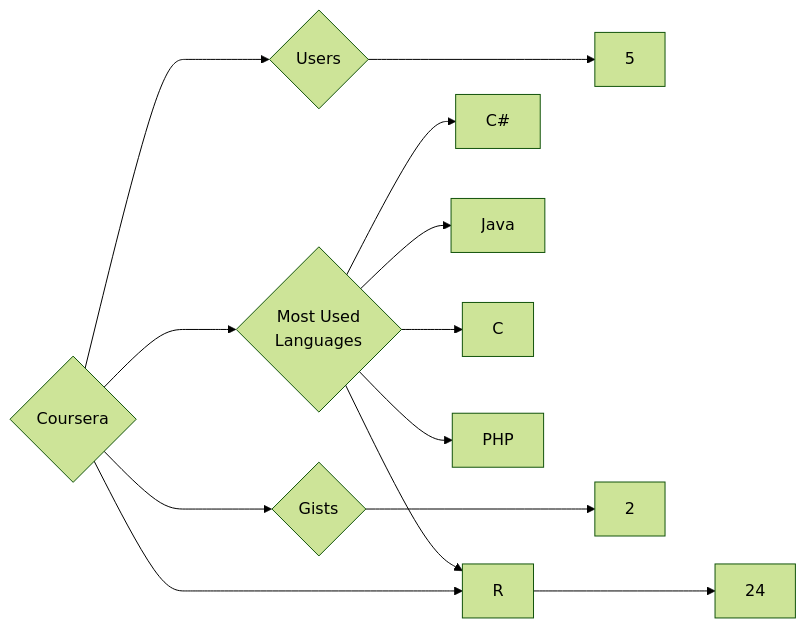
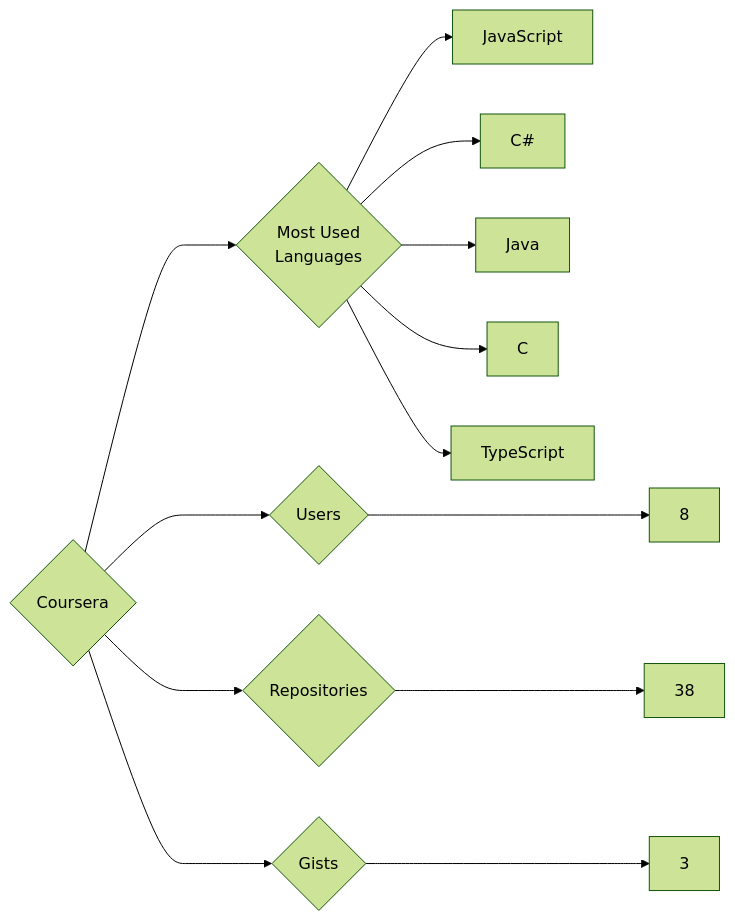
One commit to trickest/insiders changed the diagram in targets/Coursera/README.md. Above: the diagram before and after it, drawn with Mermaid (forest theme). The commit also changed 912 other files, not shown here.

````diff
--- a/targets/Coursera/README.md
+++ b/targets/Coursera/README.md
@@ -3,13 +3,13 @@
 ```mermaid
 graph LR
 COMPANY_NAME{Coursera}
-COMPANY_NAME ---> U{Users} ---> UN[5]
-COMPANY_NAME ---> R{Repositories} ---> RN[24]
-COMPANY_NAME ---> G{Gists} ---> GN[2]
+COMPANY_NAME ---> U{Users} ---> UN[8]
+COMPANY_NAME ---> R{Repositories} ---> RN[38]
+COMPANY_NAME ---> G{Gists} ---> GN[3]
 COMPANY_NAME ---> ML{Most Used<br>Languages}
+ML --> JavaScript[JavaScript]
 ML --> C#[C#]
 ML --> Java[Java]
 ML --> C[C]
-ML --> R[R]
-ML --> PHP[PHP]
+ML --> TypeScript[TypeScript]
 ```
````
